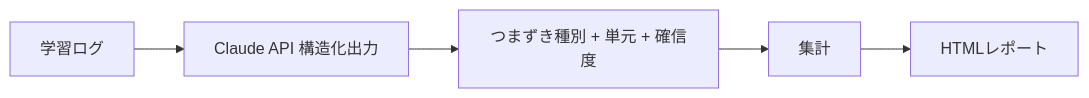
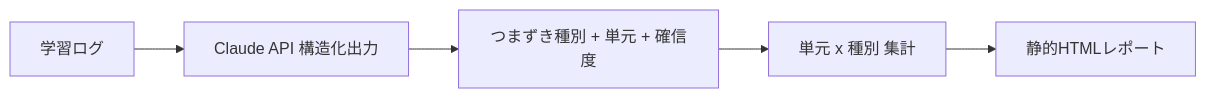
One commit to liatris000/note_create changed the diagram in articles/20260917-learner-stuckpoint-mining.md. Above: the diagram before and after it, drawn with Mermaid. The commit also changed other lines of this file, not shown here.

````diff
--- a/articles/20260917-learner-stuckpoint-mining.md
+++ b/articles/20260917-learner-stuckpoint-mining.md
@@ -37,7 +30,7 @@
 ```mermaid
 flowchart LR
   A[学習ログ] --> B[Claude API 構造化出力]
   B --> C[つまずき種別 + 単元 + 確信度]
-  C --> D[集計]
-  D --> E[HTMLレポート]
+  C --> D[単元 x 種別 集計]
+  D --> E[静的HTMLレポート]
 ```
````
